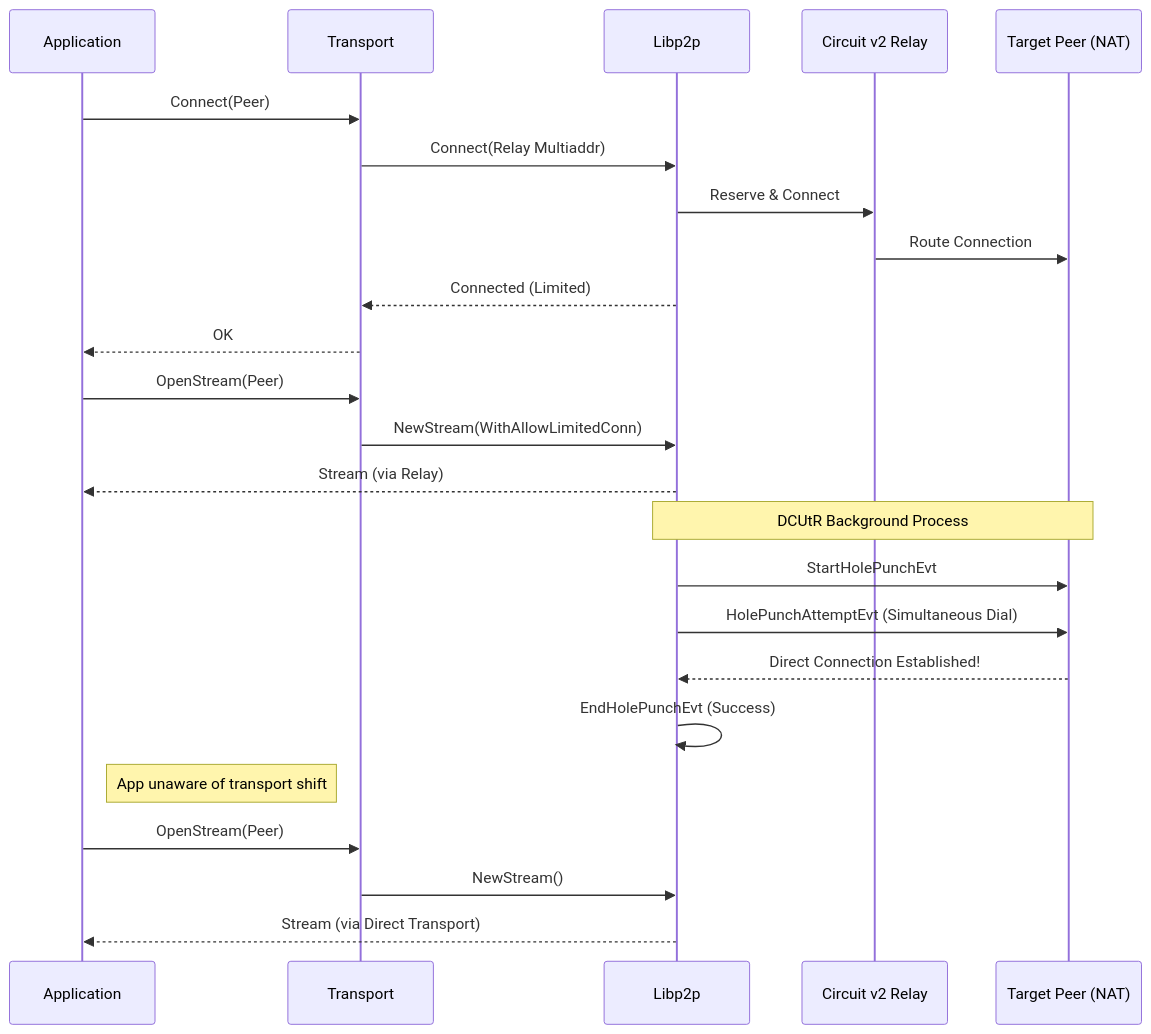
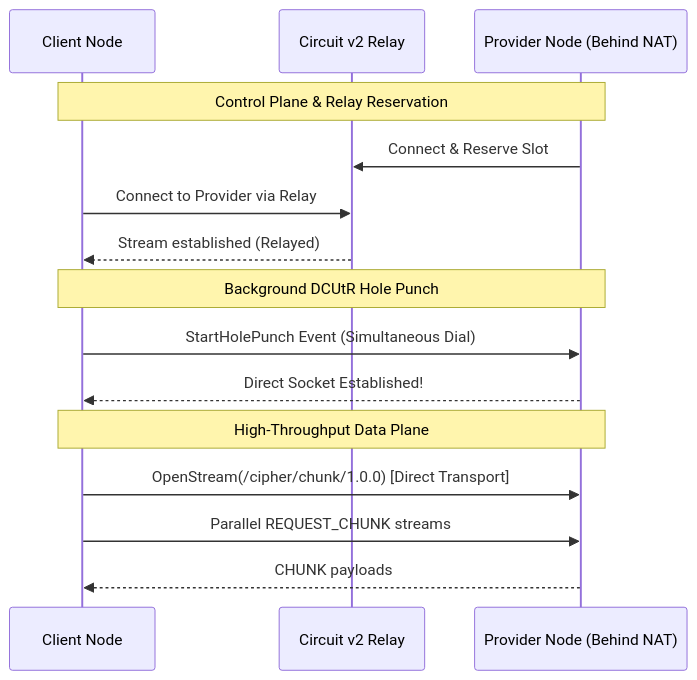
Before and after one commit to adarshxsh/CIPHER: the third of 4 diagrams in p2p_transport/docs/architecture.md, drawn with Mermaid. The commit also changed other lines of this file and 11 other files, not shown here.

Commit message:
feat: introduce explicit Publisher, Provider, and Client roles with lifecycle tests and updated docs

````diff
--- a/p2p_transport/docs/architecture.md
+++ b/p2p_transport/docs/architecture.md
@@ -107,30 +185,20 @@
 ```mermaid
 sequenceDiagram
-    participant App as Application
-    participant Transport
-    participant Libp2p
+    participant Client as Client Node
     participant Relay as Circuit v2 Relay
-    participant Remote as Target Peer (NAT)
+    participant Provider as Provider Node (Behind NAT)
 
-    App->>Transport: Connect(Peer)
-    Transport->>Libp2p: Connect(Relay Multiaddr)
-    Libp2p->>Relay: Reserve & Connect
-    Relay->>Remote: Route Connection
-    Libp2p-->>Transport: Connected (Limited)
-    Transport-->>App: OK
+    Note over Client, Provider: Control Plane & Relay Reservation
+    Provider->>Relay: Connect & Reserve Slot
+    Client->>Relay: Connect to Provider via Relay
+    Relay-->>Client: Stream established (Relayed)
 
-    App->>Transport: OpenStream(Peer)
-    Transport->>Libp2p: NewStream(WithAllowLimitedConn)
-    Libp2p-->>App: Stream (via Relay)
-    
-    note over Libp2p, Remote: DCUtR Background Process
-    Libp2p->>Remote: StartHolePunchEvt
-    Libp2p->>Remote: HolePunchAttemptEvt (Simultaneous Dial)
-    Remote-->>Libp2p: Direct Connection Established!
-    Libp2p->>Libp2p: EndHolePunchEvt (Success)
-    
-    note right of App: App unaware of transport shift
-    App->>Transport: OpenStream(Peer)
-    Transport->>Libp2p: NewStream()
-    Libp2p-->>App: Stream (via Direct Transport)
+    Note over Client, Provider: Background DCUtR Hole Punch
+    Client->>Provider: StartHolePunch Event (Simultaneous Dial)
+    Provider-->>Client: Direct Socket Established!
+
+    Note over Client, Provider: High-Throughput Data Plane
+    Client->>Provider: OpenStream(/cipher/chunk/1.0.0) [Direct Transport]
+    Client->>Provider: Parallel REQUEST_CHUNK streams
+    Provider-->>Client: CHUNK payloads
 ```
````
